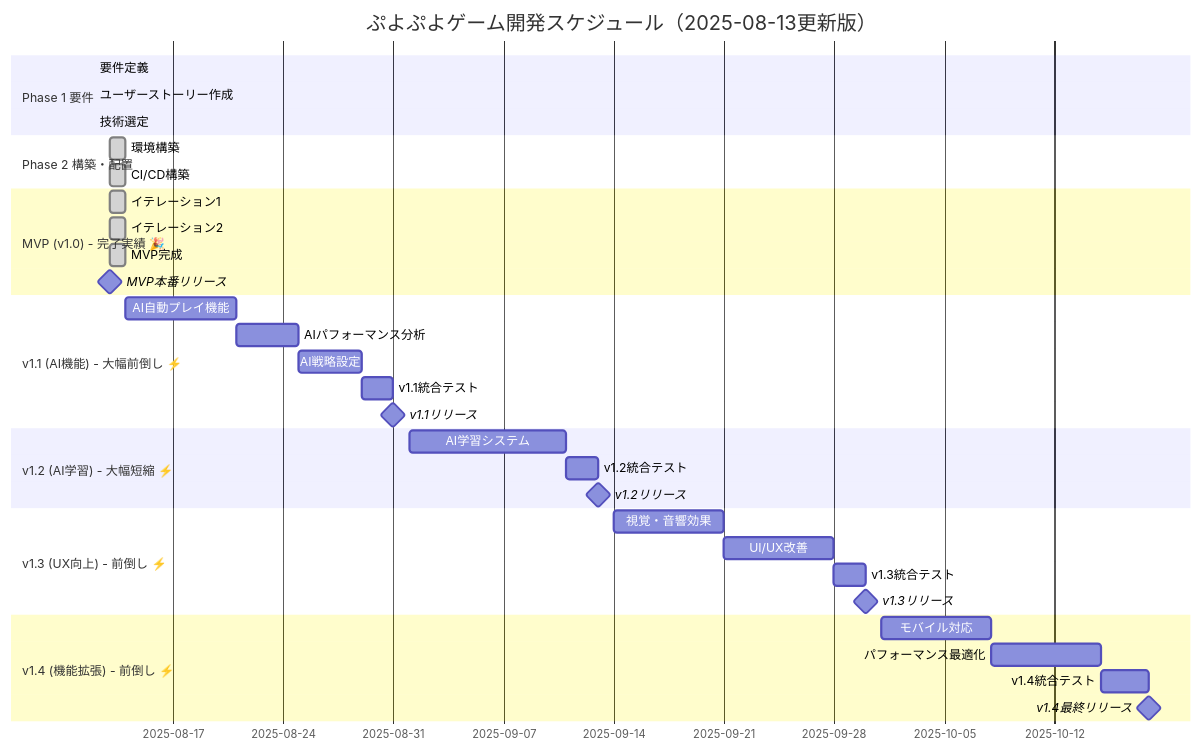
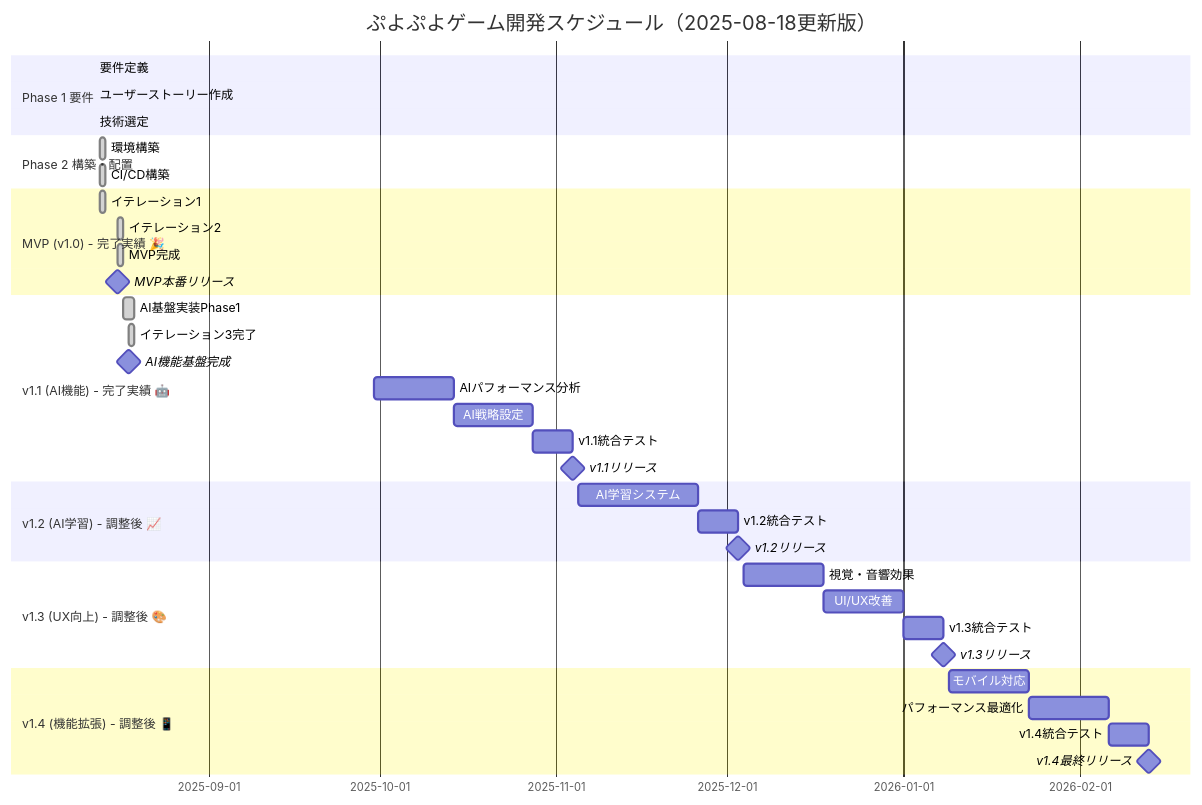
Before and after one commit to k2works/case-study-game-dev: the second of 8 diagrams in docs/requirements/リリース計画.md, drawn with Mermaid. The commit also changed other lines of this file and 9 other files, not shown here.

````diff
--- a/docs/requirements/リリース計画.md
+++ b/docs/requirements/リリース計画.md
@@ -182,43 +182,45 @@
 ```mermaid
 gantt
-    title ぷよぷよゲーム開発スケジュール（2025-08-13更新版）
+    title ぷよぷよゲーム開発スケジュール（2025-08-18更新版）
     dateFormat  YYYY-MM-DD
     section Phase 1 要件
     要件定義           :done, req, 2025-08-12, 2025-08-12
     ユーザーストーリー作成 :done, us, 2025-08-12, 2025-08-12
     技術選定           :done, tech, 2025-08-12, 2025-08-12
     
     section Phase 2 構築・配置
     環境構築           :done, env, 2025-08-13, 1d
     CI/CD構築         :done, cicd, 2025-08-13, 1d
     
     section MVP (v1.0) - 完了実績 🎉
     イテレーション1     :done, iter1, 2025-08-13, 1d
-    イテレーション2     :done, iter2, 2025-08-13, 1d
-    MVP完成           :done, mvp-done, 2025-08-13, 1d
-    MVP本番リリース    :milestone, mvp-rel, 2025-08-13, 0d
+    イテレーション2     :done, iter2, 2025-08-16, 1d
+    MVP完成           :done, mvp-done, 2025-08-16, 1d
+    MVP本番リリース    :milestone, mvp-rel, 2025-08-16, 0d
     
-    section v1.1 (AI機能) - 大幅前倒し ⚡
-    AI自動プレイ機能   :v11-1, 2025-08-14, 7d
-    AIパフォーマンス分析 :v11-2, 2025-08-21, 4d
-    AI戦略設定        :v11-3, 2025-08-25, 4d
-    v1.1統合テスト     :v11-test, 2025-08-29, 2d
-    v1.1リリース      :milestone, v11-rel, 2025-08-31, 0d
+    section v1.1 (AI機能) - 完了実績 🤖
+    AI基盤実装Phase1   :done, v11-1, 2025-08-17, 2d
+    イテレーション3完了 :done, iter3-done, 2025-08-18, 1d
+    AI機能基盤完成     :milestone, v11-phase1, 2025-08-18, 0d
+    AIパフォーマンス分析 :v11-2, 2025-09-30, 2w
+    AI戦略設定        :v11-3, 2025-10-14, 2w
+    v1.1統合テスト     :v11-test, 2025-10-28, 1w
+    v1.1リリース      :milestone, v11-rel, 2025-11-04, 0d
     
-    section v1.2 (AI学習) - 大幅短縮 ⚡
-    AI学習システム     :v12-1, 2025-09-01, 10d
-    v1.2統合テスト     :v12-test, 2025-09-11, 2d
-    v1.2リリース      :milestone, v12-rel, 2025-09-13, 0d
+    section v1.2 (AI学習) - 調整後 📈
+    AI学習システム     :v12-1, 2025-11-05, 3w
+    v1.2統合テスト     :v12-test, 2025-11-26, 1w
+    v1.2リリース      :milestone, v12-rel, 2025-12-03, 0d
     
-    section v1.3 (UX向上) - 前倒し ⚡
-    視覚・音響効果     :v13-1, 2025-09-14, 1w
-    UI/UX改善         :v13-2, 2025-09-21, 1w
-    v1.3統合テスト     :v13-test, 2025-09-28, 2d
-    v1.3リリース      :milestone, v13-rel, 2025-09-30, 0d
+    section v1.3 (UX向上) - 調整後 🎨
+    視覚・音響効果     :v13-1, 2025-12-04, 2w
+    UI/UX改善         :v13-2, 2025-12-18, 2w
+    v1.3統合テスト     :v13-test, 2026-01-01, 1w
+    v1.3リリース      :milestone, v13-rel, 2026-01-08, 0d
     
-    section v1.4 (機能拡張) - 前倒し ⚡
-    モバイル対応       :v14-1, 2025-10-01, 1w
-    パフォーマンス最適化 :v14-2, 2025-10-08, 1w
-    v1.4統合テスト     :v14-test, 2025-10-15, 3d
-    v1.4最終リリース   :milestone, v14-rel, 2025-10-18, 0d
+    section v1.4 (機能拡張) - 調整後 📱
+    モバイル対応       :v14-1, 2026-01-09, 2w
+    パフォーマンス最適化 :v14-2, 2026-01-23, 2w
+    v1.4統合テスト     :v14-test, 2026-02-06, 1w
+    v1.4最終リリース   :milestone, v14-rel, 2026-02-13, 0d
 ```
````
